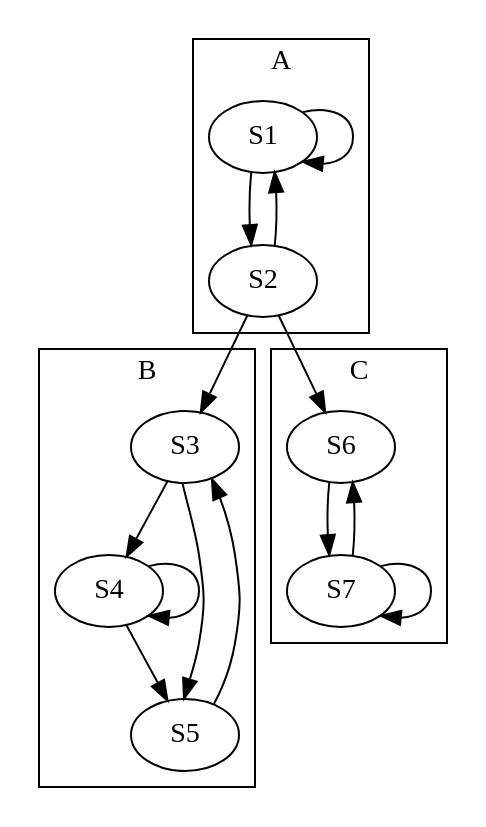
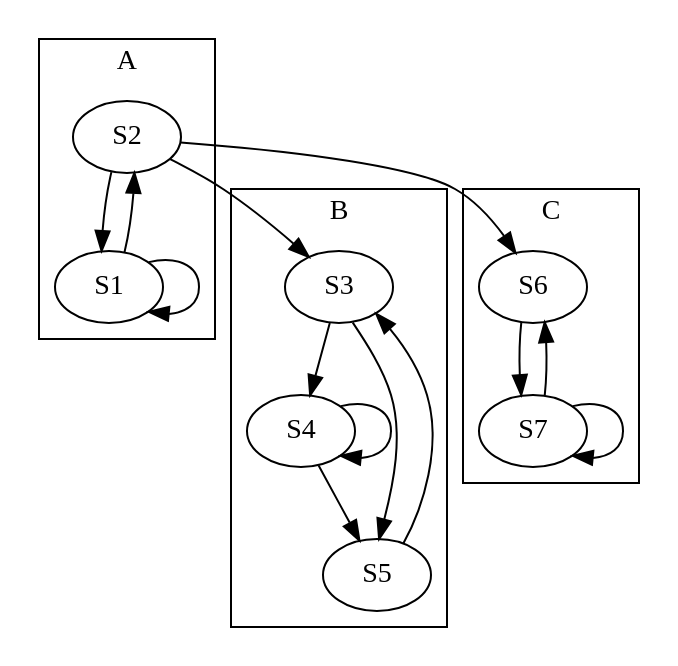
The diagram in docs/info-theo/img/2.dot (alex216/cs-recap), drawn with Graphviz before and after one commit. The commit also changed 31 other files, not shown here.

```diff
--- a/docs/info-theo/img/2.dot
+++ b/docs/info-theo/img/2.dot
@@ -1,33 +1,21 @@
 digraph{
-    S1;
-    S2;
-    S3;
-    S4;
-    S5;
-    S6;
-    S7;
-
     S2 -> S3
     S2 -> S6
 
     subgraph cluster1 {
         label="A"
-        S1 -> S1
-        S1 -> S2
+        S1 -> {S1,S2}
         S2 -> S1
     }
     subgraph cluster2 {
         label="B"
-        S3 -> S4
-        S3 -> S5
-        S4 -> S4
-        S4 -> S5
+        S3 -> {S4, S5}
+        S4 -> {S4, S5}
         S5 -> S3
     }
     subgraph cluster3 {
         label="C"
         S6 -> S7
-        S7 -> S7
-        S7 -> S6
+        S7 -> {S6, S7}
     }
 }
```
